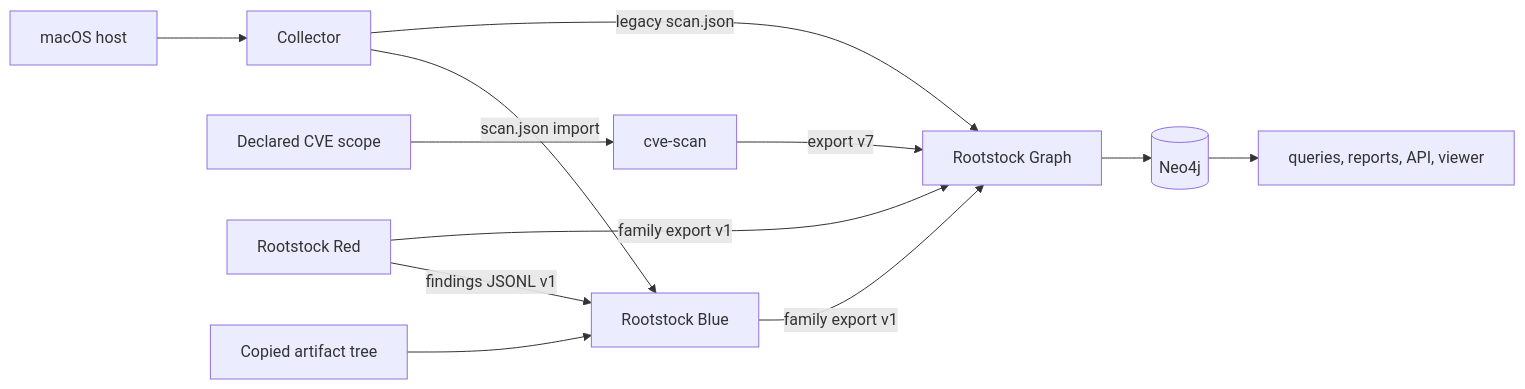
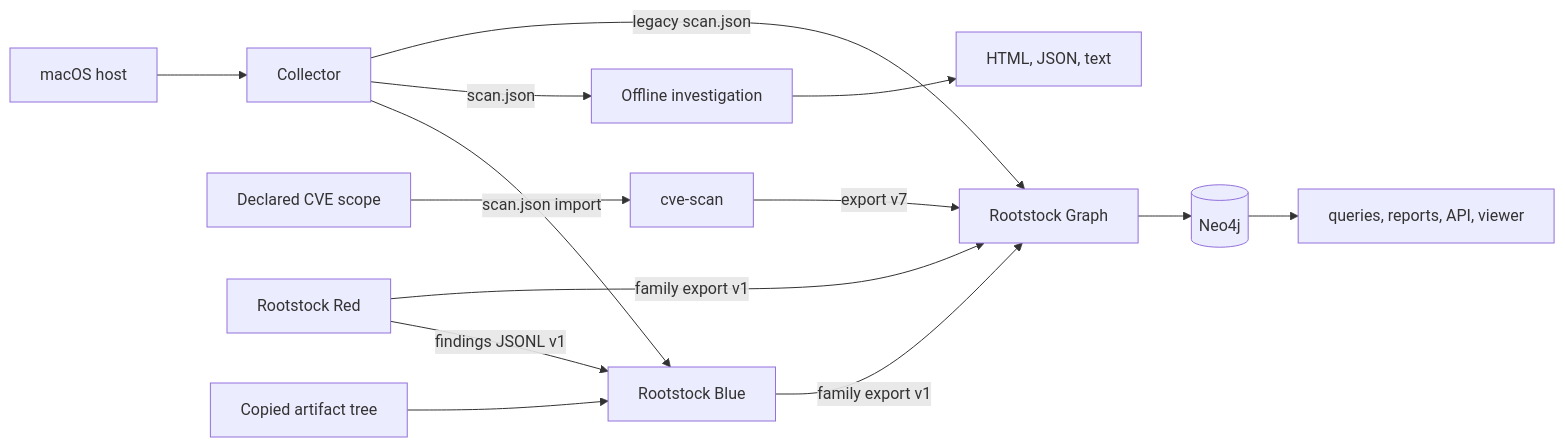
One commit to sebastianspicker/rootstock-macos changed the first of 2 diagrams in docs/ARCHITECTURE.md. Above: the diagram before and after it, drawn with Mermaid. The commit also changed other lines of this file and 186 other files, not shown here.

First line of the commit message:
Expand macOS evidence collection and add offline investigation

````diff
--- a/docs/ARCHITECTURE.md
+++ b/docs/ARCHITECTURE.md
@@ -9,14 +9,16 @@
 ```mermaid
 flowchart LR
     Host[macOS host] --> Collector[Collector]
     Collector -->|legacy scan.json| Graph[Rootstock Graph]
+    Collector -->|scan.json| Investigation[Offline investigation]
+    Investigation --> LocalOutputs[HTML, JSON, text]
     Scope[Declared CVE scope] --> CVE[cve-scan]
     CVE -->|export v7| Graph
     Red[Rootstock Red] -->|family export v1| Graph
     Red -->|findings JSONL v1| Blue[Rootstock Blue]
     Collector -->|scan.json import| Blue
     Blue -->|family export v1| Graph
     Graph --> Neo4j[(Neo4j)]
     Neo4j --> Outputs[queries, reports, API, viewer]
     Artifacts[Copied artifact tree] --> Blue
 ```
````
